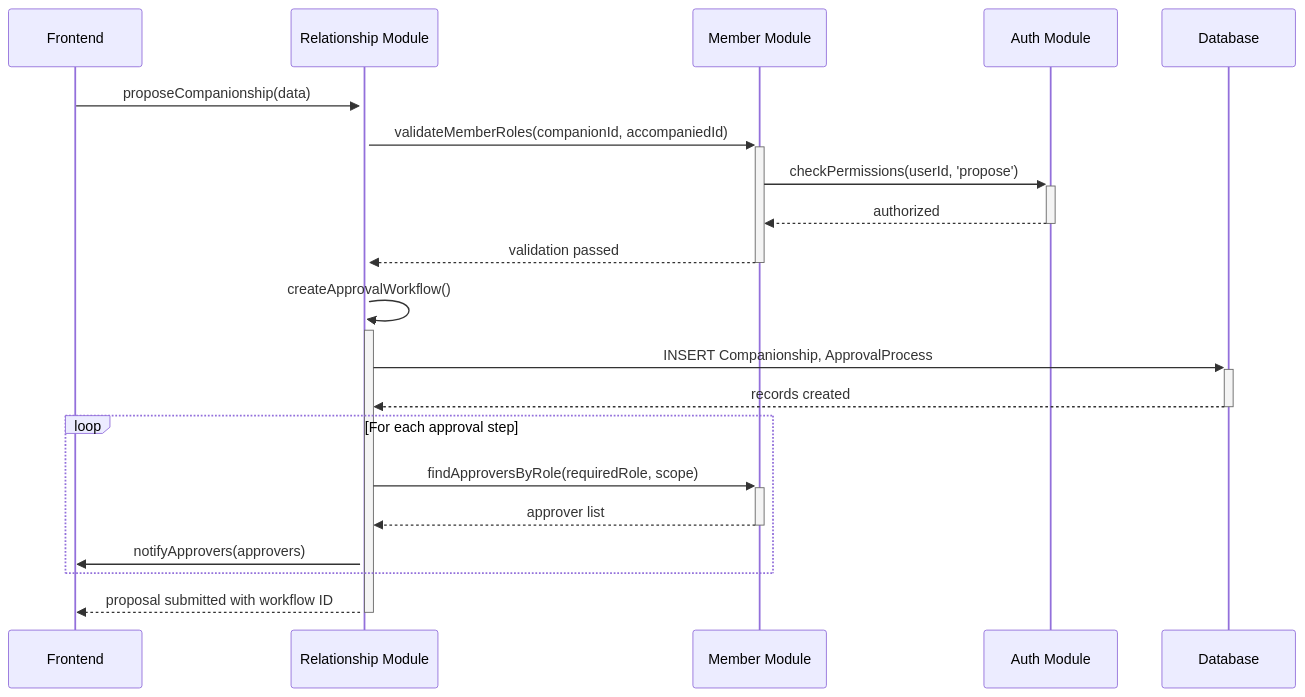
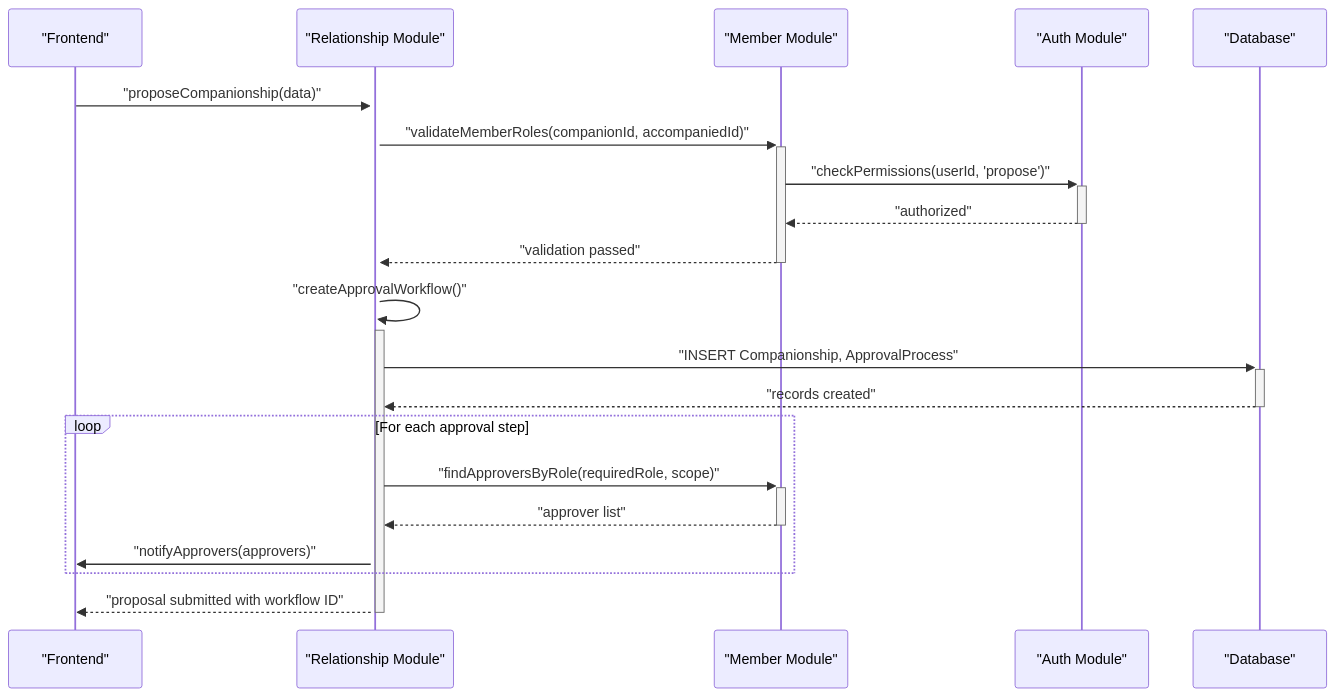
The fourth of 13 diagrams in docs/architecture.md (greg-latuszek/emma-companionship), drawn with Mermaid before and after one commit. The commit also changed other lines of this file, not shown here.

First line of the commit message:
realign Core Workflows section of Architecture with template (more diagrams)

````diff
--- a/docs/architecture.md
+++ b/docs/architecture.md
@@ -529,26 +531,26 @@
 ```mermaid
 sequenceDiagram
-    participant UI as Frontend
-    participant R as Relationship Module
-    participant M as Member Module
-    participant A as Auth Module
-    participant DB as Database
+    participant UI as "Frontend"
+    participant R as "Relationship Module"
+    participant M as "Member Module"
+    participant A as "Auth Module"
+    participant DB as "Database"
     
-    UI->>+R: proposeCompanionship(data)
-    R->>+M: validateMemberRoles(companionId, accompaniedId)
-    M->>+A: checkPermissions(userId, 'propose')
-    A-->>-M: authorized
-    M-->>-R: validation passed
+    UI->>+R: "proposeCompanionship(data)"
+    R->>+M: "validateMemberRoles(companionId, accompaniedId)"
+    M->>+A: "checkPermissions(userId, 'propose')"
+    A-->>-M: "authorized"
+    M-->>-R: "validation passed"
     
-    R->>+R: createApprovalWorkflow()
-    R->>+DB: INSERT Companionship, ApprovalProcess
-    DB-->>-R: records created
+    R->>+R: "createApprovalWorkflow()"
+    R->>+DB: "INSERT Companionship, ApprovalProcess"
+    DB-->>-R: "records created"
     
     loop For each approval step
-        R->>+M: findApproversByRole(requiredRole, scope)
-        M-->>-R: approver list
-        R->>UI: notifyApprovers(approvers)
+        R->>+M: "findApproversByRole(requiredRole, scope)"
+        M-->>-R: "approver list"
+        R->>UI: "notifyApprovers(approvers)"
     end
     
-    R-->>-UI: proposal submitted with workflow ID
+    R-->>-UI: "proposal submitted with workflow ID"
 ```
````
